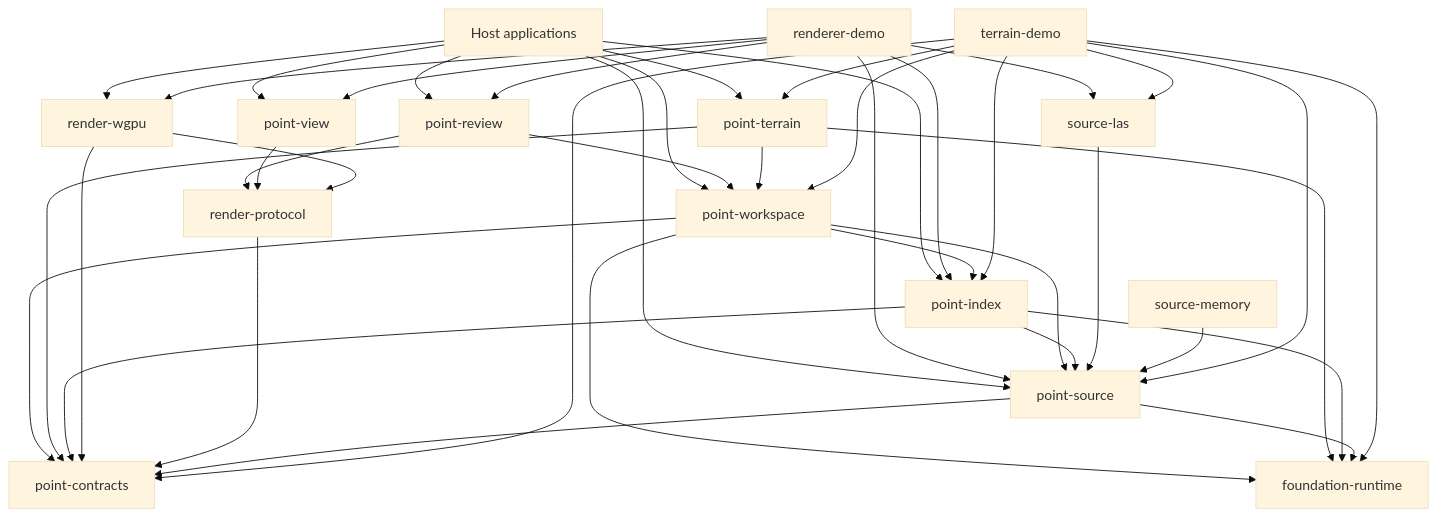
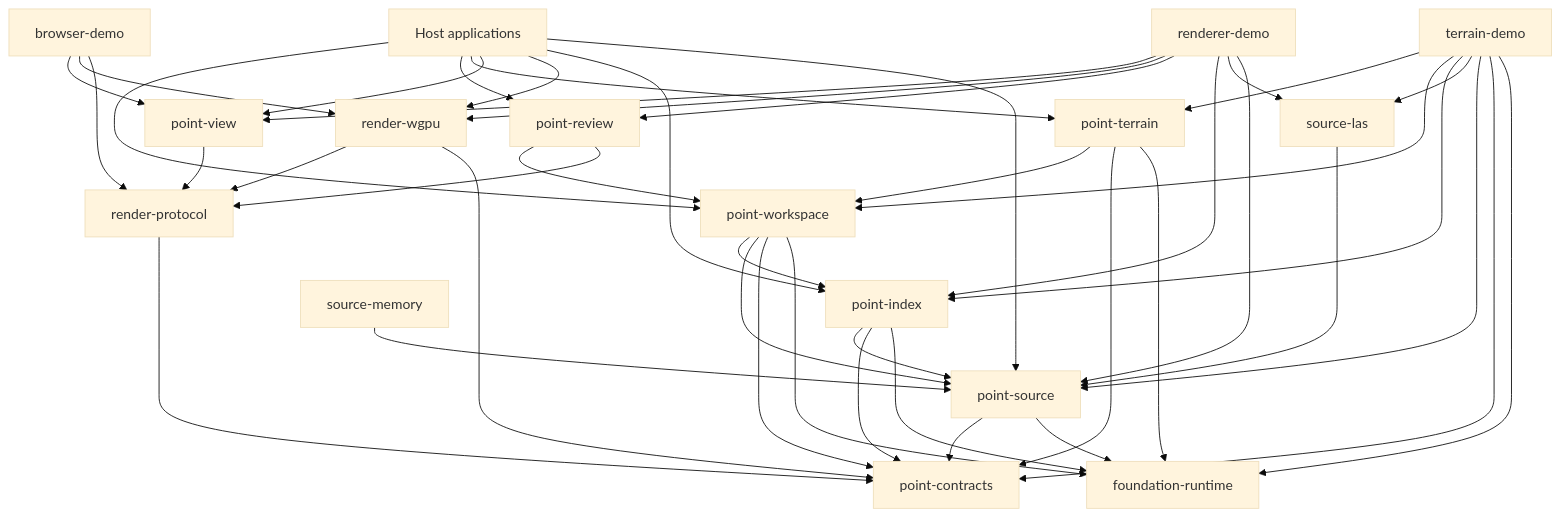
Before and after one commit to xxibcill/punctra: the diagram in docs/architecture/README.md, drawn with Mermaid (base theme). The commit also changed 1 other file, not shown here.

Commit message:
Map browser demo architecture edges

```diff
--- a/docs/architecture/README.md
+++ b/docs/architecture/README.md
@@ -77,51 +77,55 @@
 ~~~mermaid
 flowchart TD
     APP["Host applications"] --> WS["point-workspace"]
     APP --> REV["point-review"]
     APP --> TER["point-terrain"]
     APP --> VIEW["point-view"]
     APP --> RW["render-wgpu"]
     APP --> IDX["point-index"]
     APP --> SRC["point-source"]
 
     RDEMO["renderer-demo"] --> VIEW
     RDEMO --> RW
     RDEMO --> REV
     RDEMO --> IDX
     RDEMO --> LAS
     RDEMO --> SRC
+
+    BDEMO["browser-demo"] --> VIEW
+    BDEMO --> RW
+    BDEMO --> RP
 
     WS --> IDX
     WS --> SRC
     WS --> CT["point-contracts"]
     WS --> RT["foundation-runtime"]
 
     REV --> WS
     REV --> RP["render-protocol"]
 
     TER --> WS
     TER --> CT
     TER --> RT
 
     IDX --> SRC
     IDX --> CT
     IDX --> RT
 
     VIEW --> RP["render-protocol"]
     RW --> RP
     RW --> CT
     RP --> CT
 
     SRC --> CT
     SRC --> RT
     LAS["source-las"] --> SRC
     MEM["source-memory"] --> SRC
 
     TDEMO["terrain-demo"] --> TER
     TDEMO --> WS
     TDEMO --> IDX
     TDEMO --> LAS
     TDEMO --> SRC
     TDEMO --> CT
     TDEMO --> RT
 ~~~
```
